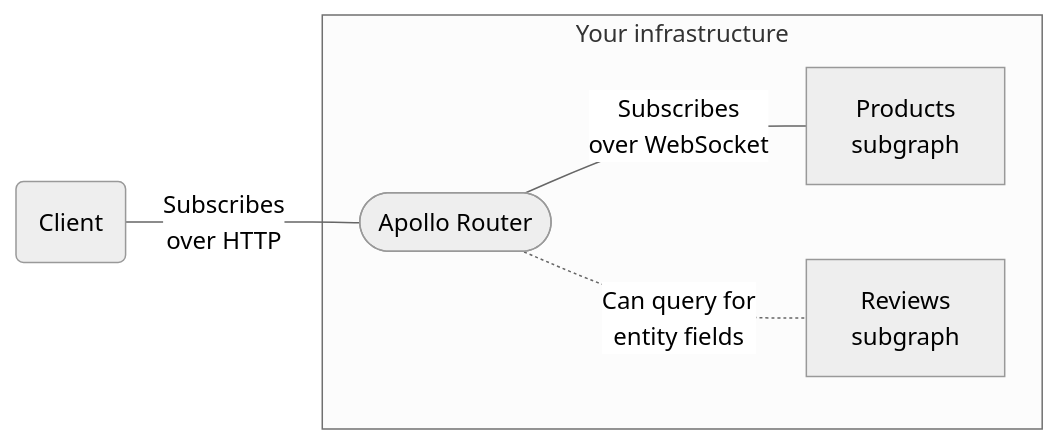
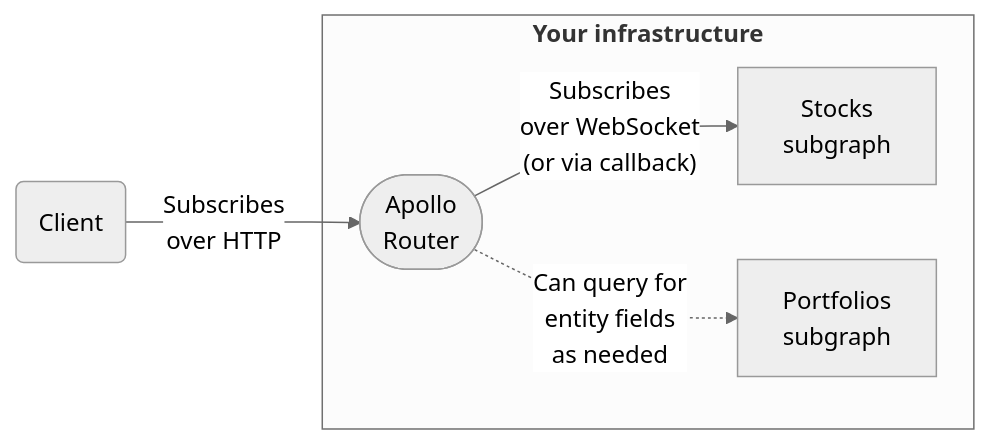
One commit to apollographql/router changed the second of 2 diagrams in docs/source/executing-operations/subscription-support.mdx. Above: the diagram before and after it, drawn with Mermaid (neutral theme). The commit also changed other lines of this file and 6 other files, not shown here.

````diff
--- a/docs/source/executing-operations/subscription-support.mdx
+++ b/docs/source/executing-operations/subscription-support.mdx
@@ -14,13 +48,13 @@
 ```mermaid
 flowchart LR;
   client(Client);
-  subgraph "Your infrastructure";
-  router(["Apollo Router"]);
-  subgraphA[Products<br/>subgraph];
-  subgraphB[Reviews<br/>subgraph];
-  router---|Subscribes<br/>over WebSocket|subgraphA;
-  router-.-|Can query for<br/>entity fields|subgraphB;
+  subgraph "<b>Your infrastructure</b>";
+  router(["Apollo<br/>Router"]);
+  subgraphA[Stocks<br/>subgraph];
+  subgraphB[Portfolios<br/>subgraph];
+  router-->|"Subscribes<br/>over WebSocket<br/>(or via callback)"|subgraphA;
+  router-.->|Can query for<br/>entity fields<br/>as needed|subgraphB;
   end;
-  client---|Subscribes<br/>over HTTP|router;
+  client-->|Subscribes<br/>over HTTP|router;
   class client secondary;
 ```
````
